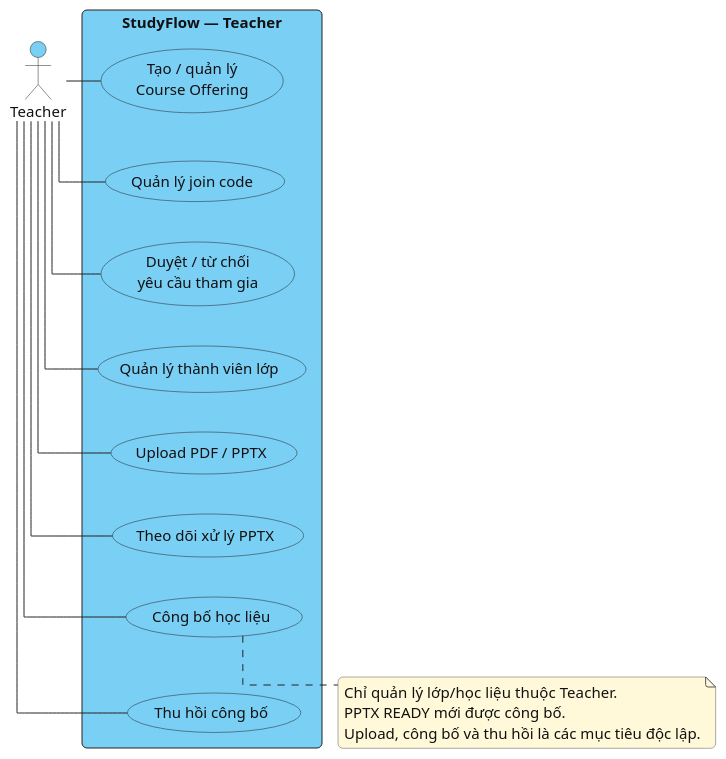
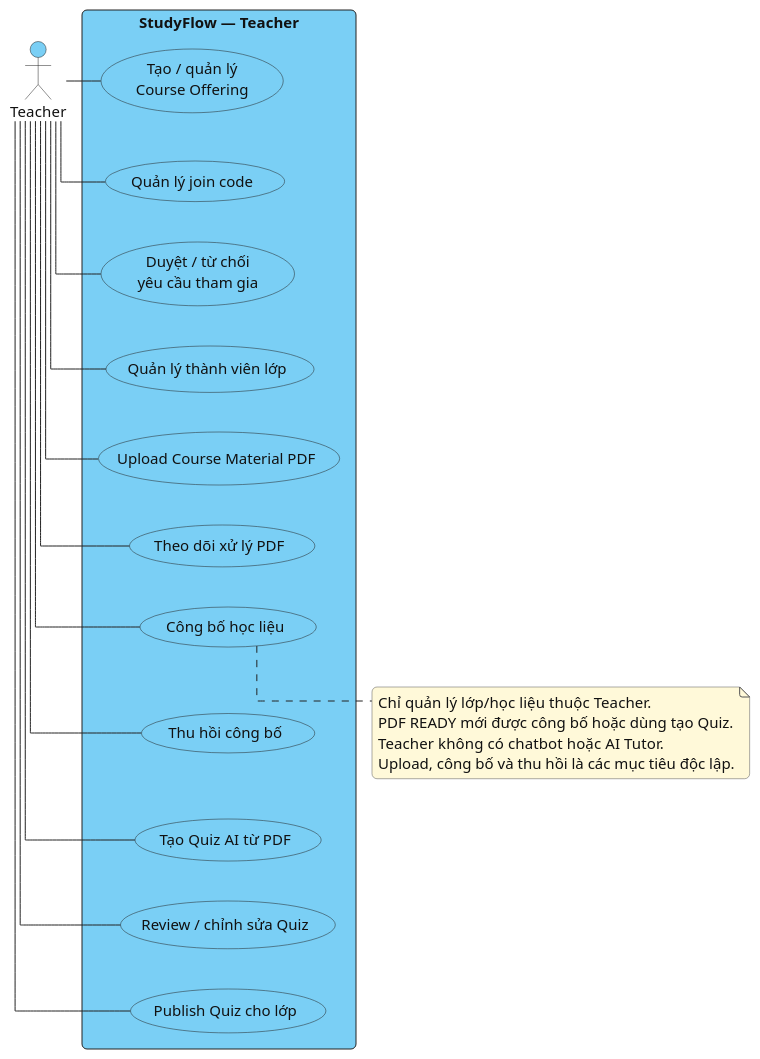
The diagram in docs/diagrams/chuong-2/use-case-03-teacher.puml (bch7504/DATN), drawn with PlantUML before and after one commit. The commit also changed 128 other files, not shown here.

Commit message:
feat: align StudyFlow with PDF AI assistant flow

```diff
--- a/docs/diagrams/chuong-2/use-case-03-teacher.puml
+++ b/docs/diagrams/chuong-2/use-case-03-teacher.puml
@@ -1,57 +1,67 @@
 @startuml
 ' Palette: usecase; based on the Visual Paradigm guide samples (see README).
 skinparam defaultFontColor #111111
 skinparam ArrowColor #222222
 skinparam ActorBackgroundColor #7ACFF5
 skinparam ActorBorderColor #222222
 skinparam NoteBackgroundColor #FFF9D9
 skinparam NoteBorderColor #555555
 skinparam RectangleBackgroundColor white
 skinparam RectangleBorderColor #222222
 skinparam UsecaseBackgroundColor #7ACFF5
 skinparam UsecaseBorderColor #222222
 skinparam RectangleBackgroundColor #7ACFF5
 skinparam RectangleBorderColor #222222
 skinparam shadowing false
 skinparam linetype ortho
 skinparam backgroundColor white
 skinparam defaultFontName Arial
 skinparam defaultFontSize 15
 skinparam classAttributeIconSize 0
 skinparam packageStyle rectangle
 skinparam roundcorner 10
 skinparam nodesep 30
 skinparam ranksep 40
 top to bottom direction
 actor Teacher
 rectangle "StudyFlow — Teacher" #7ACFF5 {
 usecase "Tạo / quản lý\nCourse Offering" as course
 usecase "Quản lý join code" as code
 usecase "Duyệt / từ chối\nyêu cầu tham gia" as enrollment
 usecase "Quản lý thành viên lớp" as members
-usecase "Upload PDF / PPTX" as upload
-usecase "Theo dõi xử lý PPTX" as processing
+usecase "Upload Course Material PDF" as upload
+usecase "Theo dõi xử lý PDF" as processing
 usecase "Công bố học liệu" as publish
 usecase "Thu hồi công bố" as revoke
+usecase "Tạo Quiz AI từ PDF" as generate
+usecase "Review / chỉnh sửa Quiz" as review
+usecase "Publish Quiz cho lớp" as publishQuiz
 course -[hidden]down-> code
 code -[hidden]down-> enrollment
 enrollment -[hidden]down-> members
 upload -[hidden]down-> processing
 processing -[hidden]down-> publish
 publish -[hidden]down-> revoke
+revoke -[hidden]down-> generate
+generate -[hidden]down-> review
+review -[hidden]down-> publishQuiz
 members -[hidden]down-> upload
 }
 Teacher -right- course
 Teacher -[norank]- code
 Teacher -[norank]- enrollment
 Teacher -[norank]- members
 Teacher -[norank]- upload
 Teacher -[norank]- processing
 Teacher -[norank]- publish
 Teacher -[norank]- revoke
+Teacher -[norank]- generate
+Teacher -[norank]- review
+Teacher -[norank]- publishQuiz
 note bottom of publish
 Chỉ quản lý lớp/học liệu thuộc Teacher.
-PPTX READY mới được công bố.
+PDF READY mới được công bố hoặc dùng tạo Quiz.
+Teacher không có chatbot hoặc AI Tutor.
 Upload, công bố và thu hồi là các mục tiêu độc lập.
 end note
 @enduml
```
